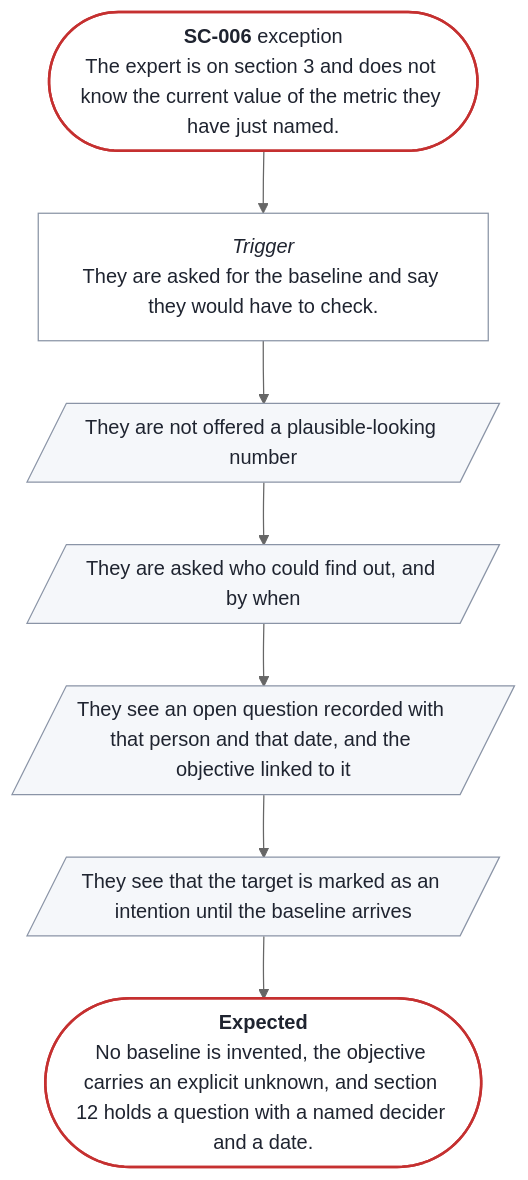
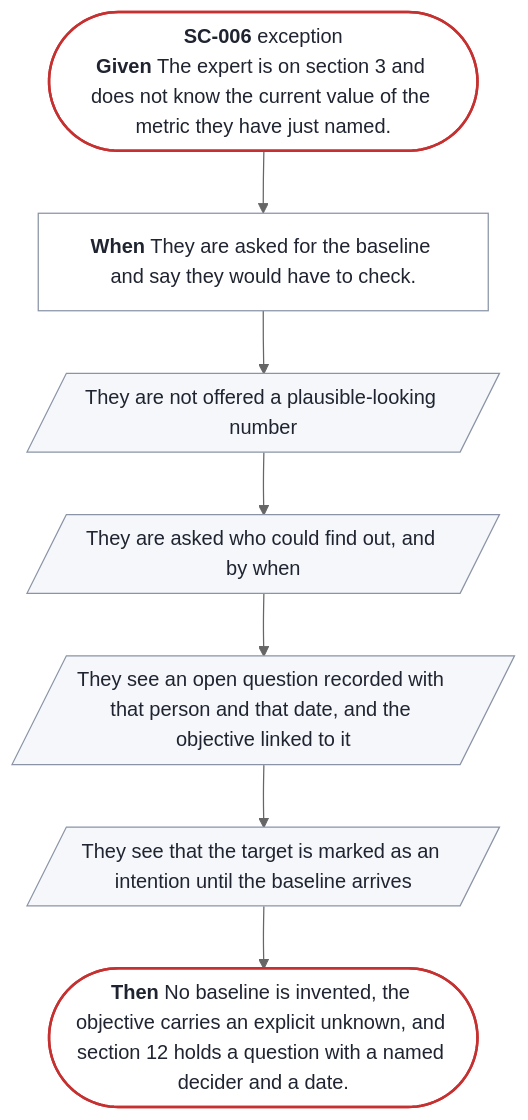
The diagram in docs/prd/prd-forge/diagrams/SC-006.mmd (SpillwaveSolutions/prd-forge), drawn with Mermaid (neutral theme) before and after one commit. The commit also changed 40 other files, not shown here.

```diff
--- a/docs/prd/prd-forge/diagrams/SC-006.mmd
+++ b/docs/prd/prd-forge/diagrams/SC-006.mmd
@@ -1,20 +1,20 @@
 %% Generated by prd-diagrams.mjs from the scenario front matter. Do not edit.
 %%{init: {"flowchart": {"wrappingWidth": 300}}}%%
 flowchart TB
-  start(["<b>SC-006</b> exception<br/>The expert is on section 3 and does not know the current value of the metric they have just named."])
-  trigger["<i>Trigger</i><br/>They are asked for the baseline and say they would have to check."]
+  start(["<b>SC-006</b> exception<br/><b>Given</b> The expert is on section 3 and does not know the current value of the metric they have just named."])
+  trigger["<b>When</b> They are asked for the baseline and say they would have to check."]
   s0[/"They are not offered a plausible-looking number"/]
   s1[/"They are asked who could find out, and by when"/]
   s2[/"They see an open question recorded with that person and that date, and the objective linked to it"/]
   s3[/"They see that the target is marked as an intention until the baseline arrives"/]
-  done(["<b>Expected</b><br/>No baseline is invented, the objective carries an explicit unknown, and section 12 holds a question with a named decider and a date."])
+  done(["<b>Then</b> No baseline is invented, the objective carries an explicit unknown, and section 12 holds a question with a named decider and a date."])
   start --> trigger --> s0 --> s1 --> s2 --> s3 --> done
   classDef ends fill:#FFFFFF,stroke:#C53030,stroke-width:2px,color:#1F2430
   classDef sees fill:#F5F7FA,stroke:#8A94A6,color:#1F2430
   classDef does fill:#FFFFFF,stroke:#8A94A6,color:#1F2430
   class start,done ends
   class s0 sees
   class s1 sees
   class s2 sees
   class s3 sees
   class trigger does
```
